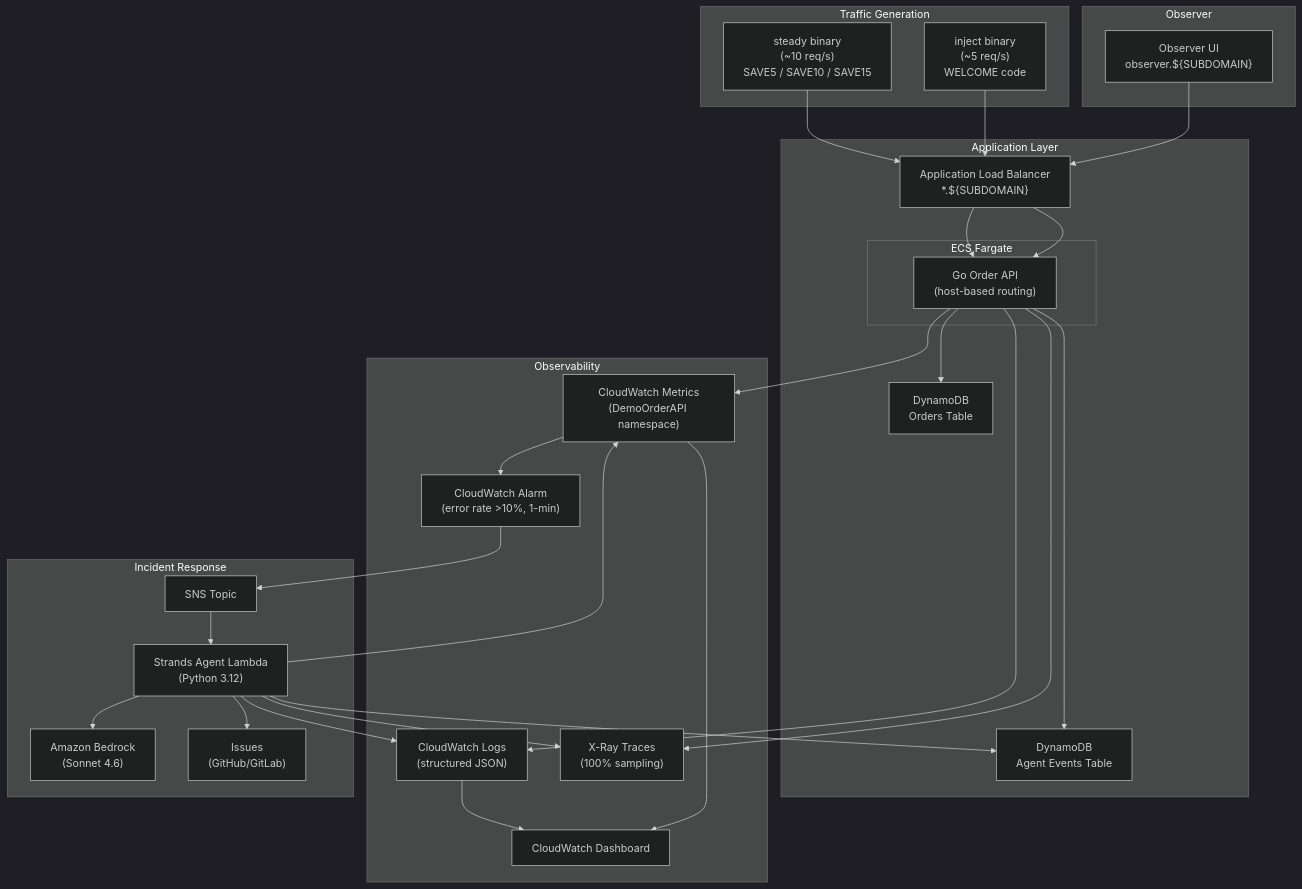
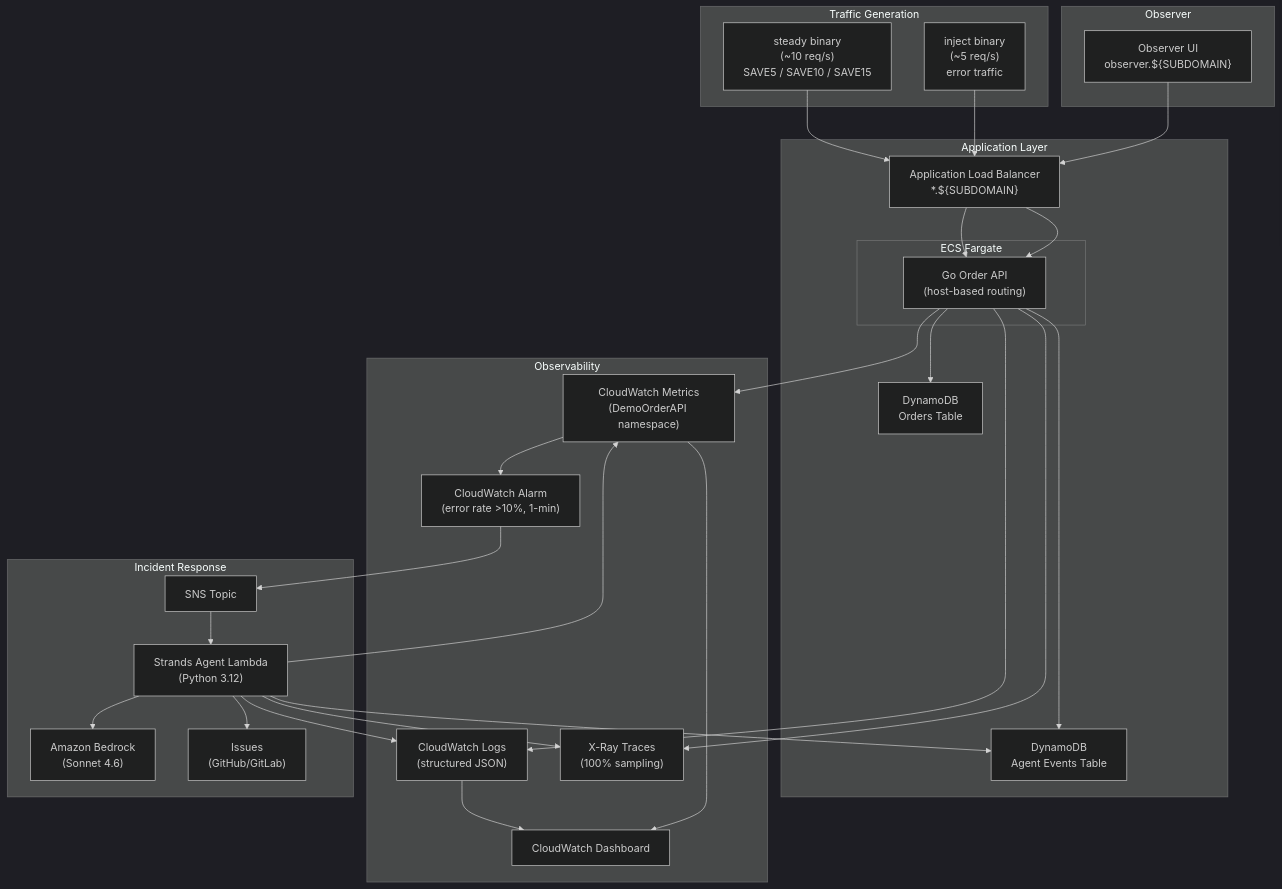
One commit to jk563/demo-incident-response changed the first of 4 diagrams in docs/architecture.md. Above: the diagram before and after it, drawn with Mermaid (dark theme). The commit also changed other lines of this file and 5 other files, not shown here.

````diff
--- a/docs/architecture.md
+++ b/docs/architecture.md
@@ -23,57 +23,57 @@
 ```mermaid
 graph TB
     subgraph "Traffic Generation"
         TG_STEADY["steady binary<br/>(~10 req/s)<br/>SAVE5 / SAVE10 / SAVE15"]
-        TG_INJECT["inject binary<br/>(~5 req/s)<br/>WELCOME code"]
+        TG_INJECT["inject binary<br/>(~5 req/s)<br/>error traffic"]
     end
 
     subgraph "Application Layer"
         ALB["Application Load Balancer<br/>*.${SUBDOMAIN}"]
         subgraph "ECS Fargate"
             API["Go Order API<br/>(host-based routing)"]
         end
         DDB["DynamoDB<br/>Orders Table"]
         EVENTS_DDB["DynamoDB<br/>Agent Events Table"]
     end
 
     subgraph "Observer"
         OBS["Observer UI<br/>observer.${SUBDOMAIN}"]
     end
 
     subgraph "Observability"
         CW_LOGS["CloudWatch Logs<br/>(structured JSON)"]
         CW_METRICS["CloudWatch Metrics<br/>(DemoOrderAPI namespace)"]
         CW_ALARM["CloudWatch Alarm<br/>(error rate >10%, 1-min)"]
         CW_DASH["CloudWatch Dashboard"]
         XRAY["X-Ray Traces<br/>(100% sampling)"]
     end
 
     subgraph "Incident Response"
         SNS["SNS Topic"]
         LAMBDA["Strands Agent Lambda<br/>(Python 3.12)"]
         BEDROCK["Amazon Bedrock<br/>(Sonnet 4.6)"]
         GH["Issues<br/>(GitHub/GitLab)"]
     end
 
     TG_STEADY --> ALB
     TG_INJECT --> ALB
     ALB --> API
     API --> DDB
     API --> CW_LOGS
     API --> CW_METRICS
     API --> XRAY
     CW_LOGS --> CW_DASH
     CW_METRICS --> CW_DASH
     CW_METRICS --> CW_ALARM
     CW_ALARM --> SNS
     SNS --> LAMBDA
     LAMBDA --> BEDROCK
     LAMBDA --> CW_LOGS
     LAMBDA --> CW_METRICS
     LAMBDA --> XRAY
     LAMBDA --> GH
     LAMBDA --> EVENTS_DDB
     OBS --> ALB
     ALB --> API
     API --> EVENTS_DDB
 ```
````
